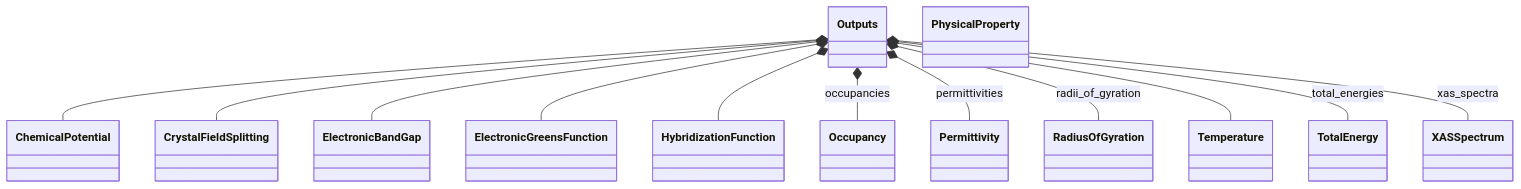
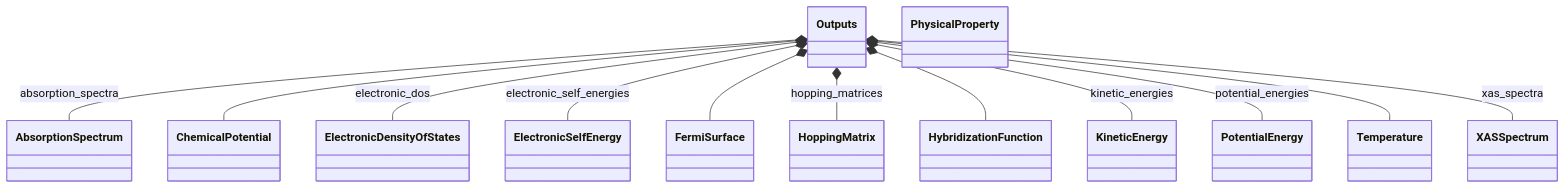
The second of 2 diagrams in docs/schema/outputs.diagram.md (FAIRmat-NFDI/nomad-simulations), drawn with Mermaid before and after one commit. The commit also changed 43 other files, not shown here.

````diff
--- a/docs/schema/outputs.diagram.md
+++ b/docs/schema/outputs.diagram.md
@@ -68,40 +68,40 @@
 ```mermaid
 classDiagram
+    class AbsorptionSpectrum {
+    }
     class ChemicalPotential {
     }
-    class CrystalFieldSplitting {
+    class ElectronicDensityOfStates {
     }
-    class ElectronicBandGap {
+    class ElectronicSelfEnergy {
     }
-    class ElectronicGreensFunction {
+    class FermiSurface {
+    }
+    class HoppingMatrix {
     }
     class HybridizationFunction {
     }
-    class Occupancy {
+    class KineticEnergy {
     }
     class Outputs {
     }
-    class Permittivity {
-    }
     class PhysicalProperty {
     }
-    class RadiusOfGyration {
+    class PotentialEnergy {
     }
     class Temperature {
     }
-    class TotalEnergy {
-    }
     class XASSpectrum {
     }
+    Outputs *-- AbsorptionSpectrum : absorption_spectra
     Outputs *-- ChemicalPotential
-    Outputs *-- CrystalFieldSplitting
-    Outputs *-- ElectronicBandGap
-    Outputs *-- ElectronicGreensFunction
+    Outputs *-- ElectronicDensityOfStates : electronic_dos
+    Outputs *-- ElectronicSelfEnergy : electronic_self_energies
+    Outputs *-- FermiSurface
+    Outputs *-- HoppingMatrix : hopping_matrices
     Outputs *-- HybridizationFunction
-    Outputs *-- Occupancy : occupancies
-    Outputs *-- Permittivity : permittivities
-    Outputs *-- RadiusOfGyration : radii_of_gyration
+    Outputs *-- KineticEnergy : kinetic_energies
+    Outputs *-- PotentialEnergy : potential_energies
     Outputs *-- Temperature
-    Outputs *-- TotalEnergy : total_energies
     Outputs *-- XASSpectrum : xas_spectra
 ```
````
